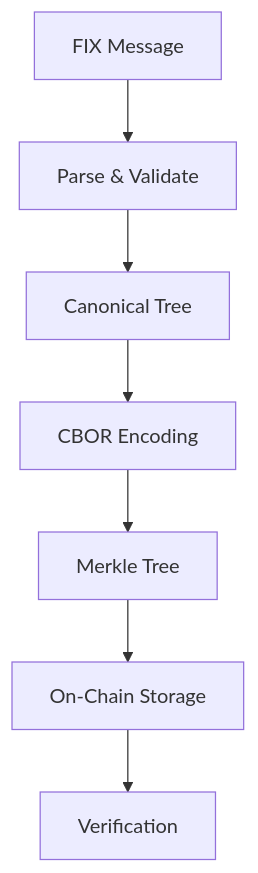
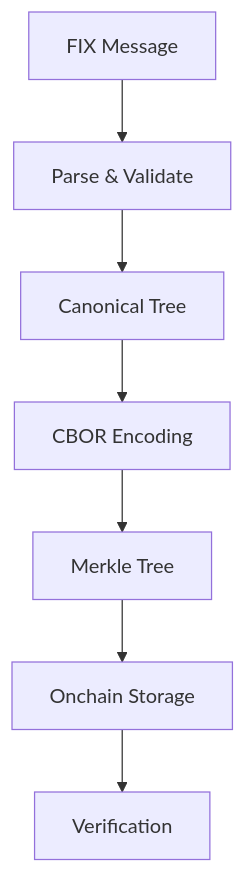
The diagram in README.md (swapnilraj/fix-descriptor), drawn with Mermaid before and after one commit. The commit also changed other lines of this file and 28 other files, not shown here.

````diff
--- a/README.md
+++ b/README.md
@@ -169,9 +191,9 @@
 ```mermaid
 graph TD
     A[FIX Message] --> B[Parse & Validate]
     B --> C[Canonical Tree]
     C --> D[CBOR Encoding]
     D --> E[Merkle Tree]
-    E --> F[On-Chain Storage]
+    E --> F[Onchain Storage]
     F --> G[Verification]
 ```
````
